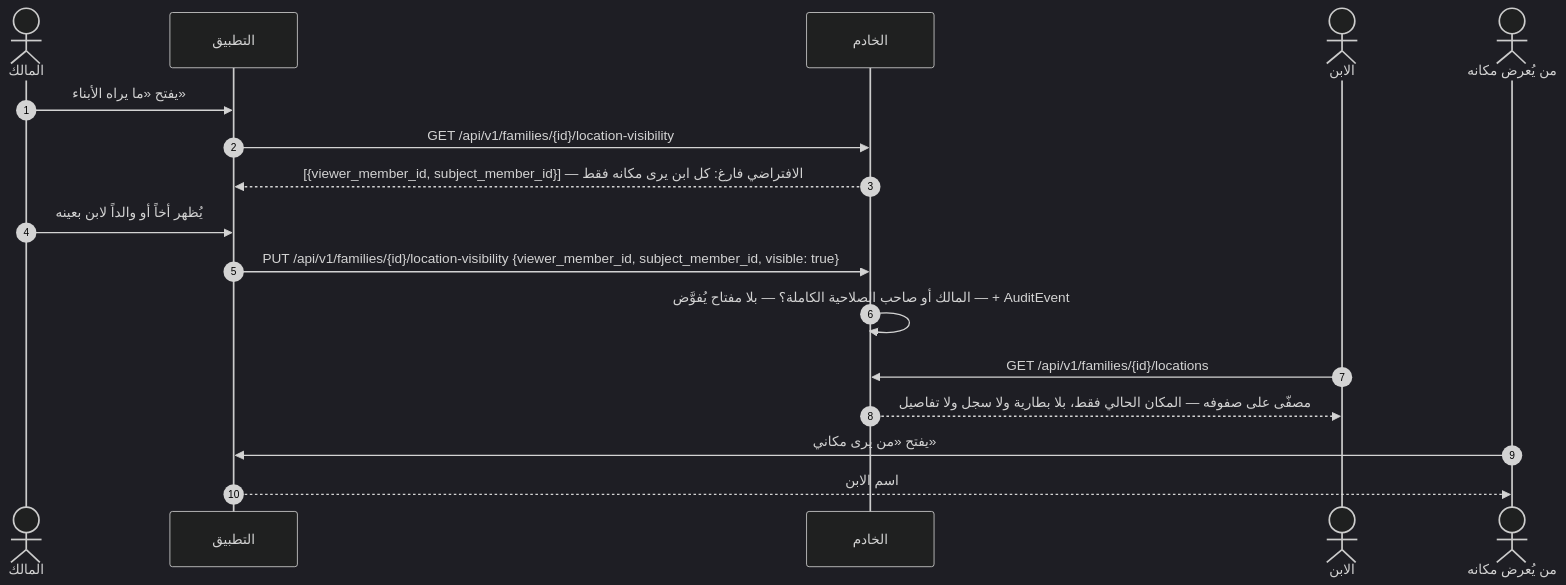
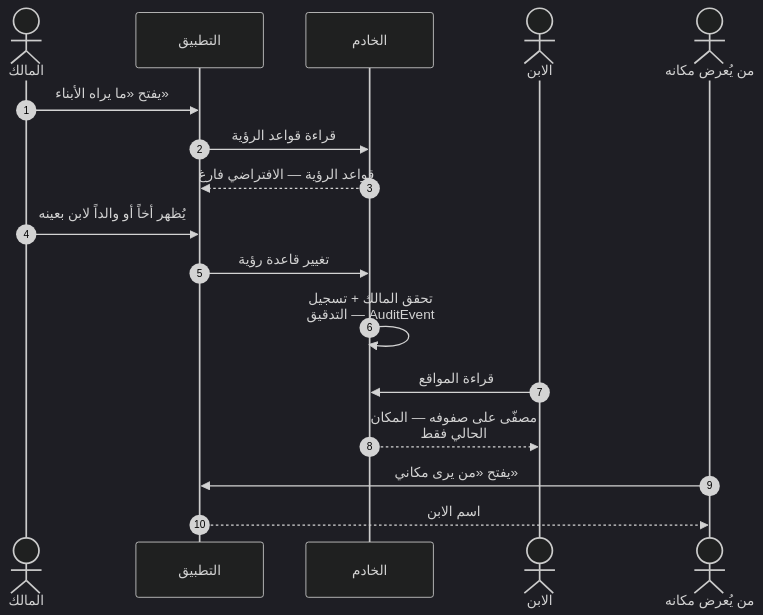
Before and after one commit to Bassam-mohammed-alqaeadi/family-os-v2: diagram 16 of 30 in docs/family-os/governance/phases/phase-1/S1-07-location-basic/DIAGRAMS.md, drawn with Mermaid (dark theme). The commit also changed other lines of this file, not shown here.

````diff
--- a/docs/family-os/governance/phases/phase-1/S1-07-location-basic/DIAGRAMS.md
+++ b/docs/family-os/governance/phases/phase-1/S1-07-location-basic/DIAGRAMS.md
@@ -544,19 +642,20 @@
 ```mermaid
+    %%{init: {"sequence": {"wrap": true}}}%%
 sequenceDiagram
     autonumber
     actor Owner as المالك
-    participant Flutter as التطبيق
+    participant App as التطبيق
     participant Ktor as الخادم
     actor Minor as الابن
     actor Subject as من يُعرض مكانه
-    Owner->>Flutter: يفتح «ما يراه الأبناء»
-    Flutter->>Ktor: GET /api/v1/families/{id}/location-visibility
-    Ktor-->>Flutter: [{viewer_member_id, subject_member_id}] — الافتراضي فارغ: كل ابن يرى مكانه فقط
-    Owner->>Flutter: يُظهر أخاً أو والداً لابن بعينه
-    Flutter->>Ktor: PUT /api/v1/families/{id}/location-visibility {viewer_member_id, subject_member_id, visible: true}
-    Ktor->>Ktor: المالك أو صاحب الصلاحية الكاملة؟ — بلا مفتاح يُفوَّض — + AuditEvent
-    Minor->>Ktor: GET /api/v1/families/{id}/locations
-    Ktor-->>Minor: مصفّى على صفوفه — المكان الحالي فقط، بلا بطارية ولا سجل ولا تفاصيل
-    Subject->>Flutter: يفتح «من يرى مكاني»
-    Flutter-->>Subject: اسم الابن
+    Owner->>App: يفتح «ما يراه الأبناء»
+    App->>Ktor: قراءة قواعد الرؤية
+    Ktor-->>App: قواعد الرؤية — الافتراضي فارغ
+    Owner->>App: يُظهر أخاً أو والداً لابن بعينه
+    App->>Ktor: تغيير قاعدة رؤية
+    Ktor->>Ktor: تحقق المالك + تسجيل التدقيق — AuditEvent
+    Minor->>Ktor: قراءة المواقع
+    Ktor-->>Minor: مصفّى على صفوفه — المكان الحالي فقط
+    Subject->>App: يفتح «من يرى مكاني»
+    App-->>Subject: اسم الابن
 ```
````
